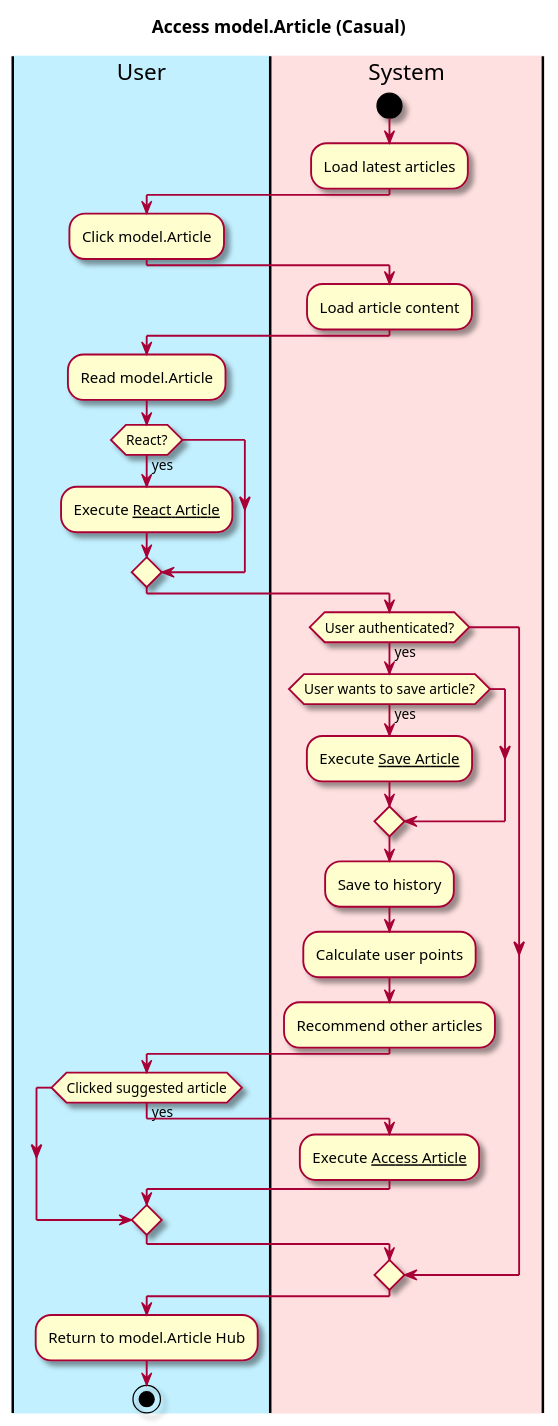
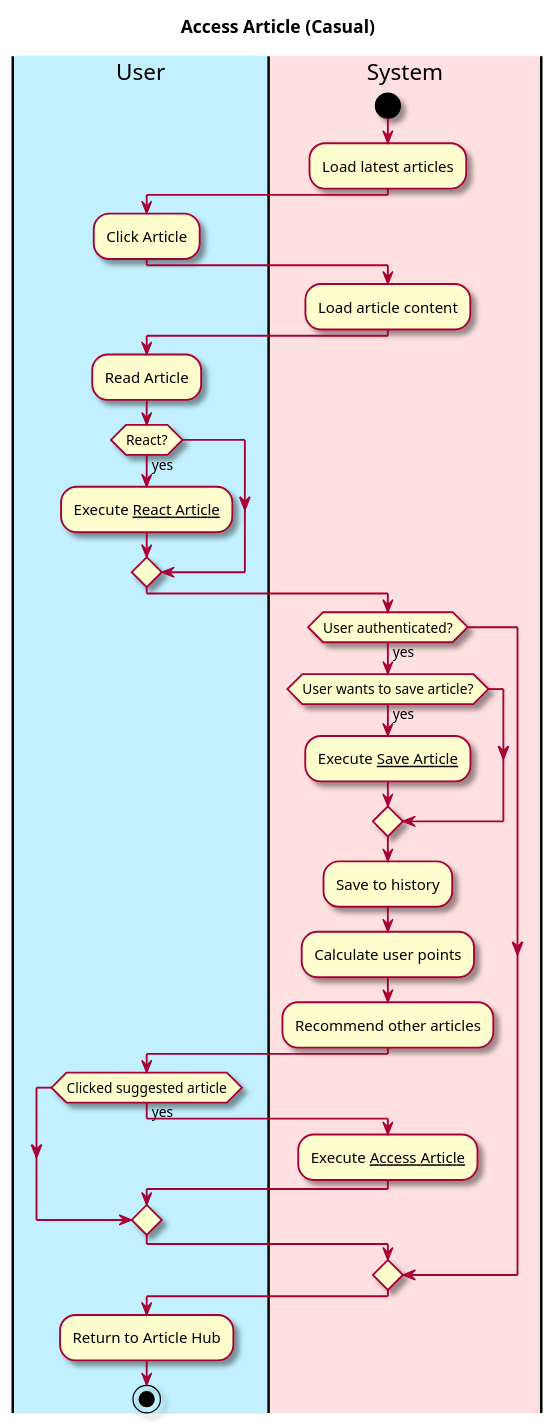
One commit to owhitleym-ui/EcoScoop changed the first of 3 diagrams in intellij/doc/use-cases/access-article.md. Above: the diagram before and after it, drawn with PlantUML. The commit also changed other lines of this file and 2 other files, not shown here.

Commit message:
Updated Sequence Diagrams and Test Report

````diff
--- a/intellij/doc/use-cases/access-article.md
+++ b/intellij/doc/use-cases/access-article.md
@@ -24,48 +24,48 @@
 ```plantuml
 @startuml
 
 skin rose
 
-title Access model.Article (Casual)
+title Access Article (Casual)
 
 'define the lanes
 |#application|User|
 |#implementation|System|
 
 start
 |System|
 :Load latest articles;
 
 |User|
-:Click model.Article;
+:Click Article;
 
 |System|
 :Load article content;
 
 |User|
-:Read model.Article;
+:Read Article;
 if (React?) then (yes)
     :Execute __React Article__;
 endif
 
 |System|
 if (User authenticated?) then (yes)
 if (User wants to save article?) then (yes)
   :Execute __Save Article__;
 endif
   :Save to history;
   :Calculate user points;
   :Recommend other articles;
   |User|
   if(Clicked suggested article) then (yes)
   |System|
   :Execute __Access Article__;
   endif
 endif
 
 |User|
-:Return to model.Article Hub;
+:Return to Article Hub;
 
 stop
 @enduml
 ```
````
